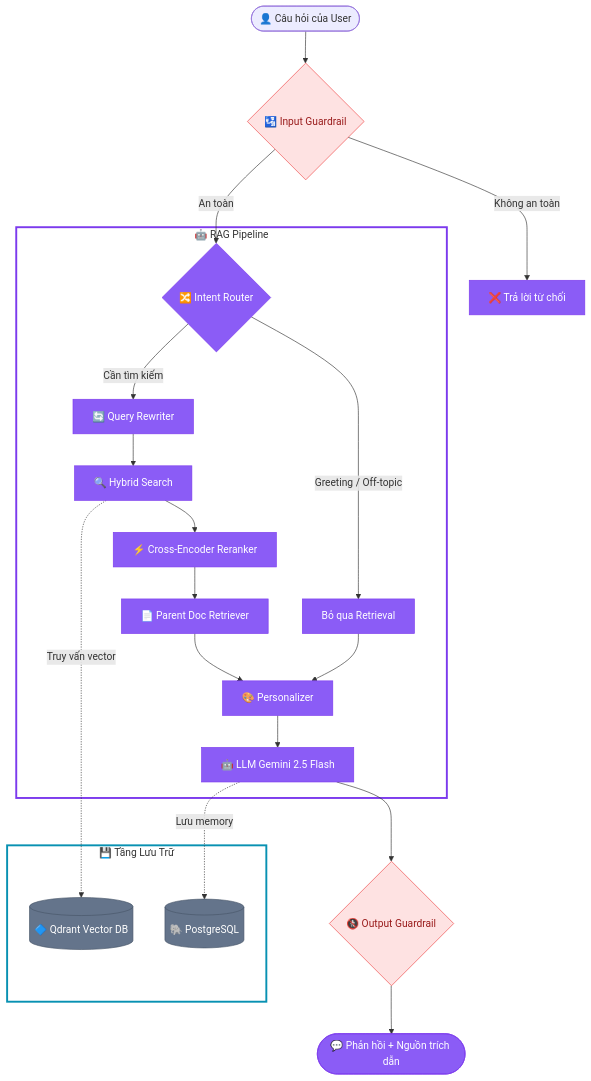
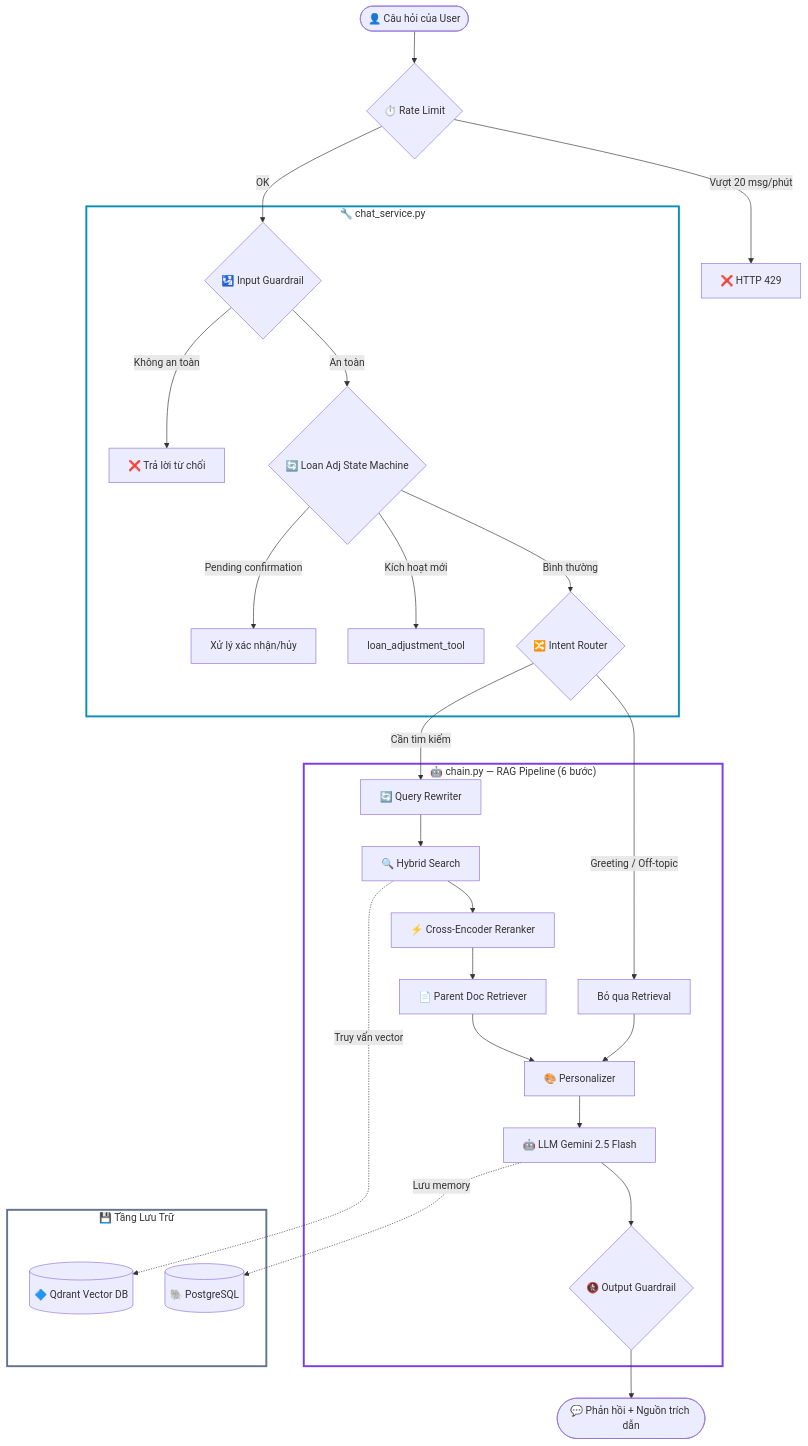
One commit to VTD0102/Loan_ETL changed the diagram in docs/rag/rag_system_overview.md. Above: the diagram before and after it, drawn with Mermaid. The commit also changed other lines of this file and 7 other files, not shown here.

````diff
--- a/docs/rag/rag_system_overview.md
+++ b/docs/rag/rag_system_overview.md
@@ -13,42 +13,44 @@
 ```mermaid
 flowchart TD
-    User([👤 Câu hỏi của User]) --> IG{🛂 Input Guardrail}
-    IG -->|Không an toàn| Reject[❌ Trả lời từ chối]
-    IG -->|An toàn| IR
+    User([👤 Câu hỏi của User]) --> RL{⏱️ Rate Limit}
+    RL -->|Vượt 20 msg/phút| RLReject[❌ HTTP 429]
+    RL -->|OK| IG
 
-    subgraph RAG_BLOCK["🤖 RAG Pipeline"]
+    subgraph CHAT_SERVICE["🔧 chat_service.py"]
+        IG{🛂 Input Guardrail}
+        IG -->|Không an toàn| Reject[❌ Trả lời từ chối]
+        IG -->|An toàn| LoanAdj
+
+        LoanAdj{🔄 Loan Adj State Machine}
+        LoanAdj -->|Pending confirmation| PendingResp[Xử lý xác nhận/hủy]
+        LoanAdj -->|Kích hoạt mới| AdjTool[loan_adjustment_tool]
+        LoanAdj -->|Bình thường| IR
+    end
+
+    subgraph RAG_BLOCK["🤖 chain.py — RAG Pipeline (6 bước)"]
         IR{🔀 Intent Router}
         IR -->|Cần tìm kiếm| QR[🔄 Query Rewriter]
         QR --> HS[🔍 Hybrid Search]
         HS --> RR[⚡ Cross-Encoder Reranker]
         RR --> PD[📄 Parent Doc Retriever]
         IR -->|Greeting / Off-topic| Skip[Bỏ qua Retrieval]
         PD --> PS[🎨 Personalizer]
         Skip --> PS
         PS --> LLM[🤖 LLM Gemini 2.5 Flash]
+        LLM --> OG{🚷 Output Guardrail}
     end
 
     subgraph STORAGE_BLOCK["💾 Tầng Lưu Trữ"]
         DB_QD[(🔷 Qdrant Vector DB)]
         DB_PG[(🐘 PostgreSQL)]
     end
 
     HS -.->|Truy vấn vector| DB_QD
     LLM -.->|Lưu memory| DB_PG
 
-    LLM --> OG{🚷 Output Guardrail}
     OG --> Response([💬 Phản hồi + Nguồn trích dẫn])
 
-    %% ====== SUBGRAPH: chỉ kẻ viền, nền trong suốt ======
+    style CHAT_SERVICE fill:transparent,stroke:#0891b2,stroke-width:3px
     style RAG_BLOCK fill:transparent,stroke:#7c3aed,stroke-width:3px
-    style STORAGE_BLOCK fill:transparent,stroke:#0891b2,stroke-width:3px
-
-    %% ====== NODE: tô màu các khối chức năng ======
-    classDef guard fill:#fee2e2,stroke:#ef4444,color:#991b1b
-    classDef rag fill:#8b5cf6,stroke:#7c3aed,color:#fff
-    classDef store fill:#64748b,stroke:#475569,color:#fff
-
-    class IG,OG guard
-    class IR,QR,HS,RR,PD,PS,LLM,Skip,Reject,Response rag
-    class DB_QD,DB_PG store
+    style STORAGE_BLOCK fill:transparent,stroke:#64748b,stroke-width:3px
 ```
````
